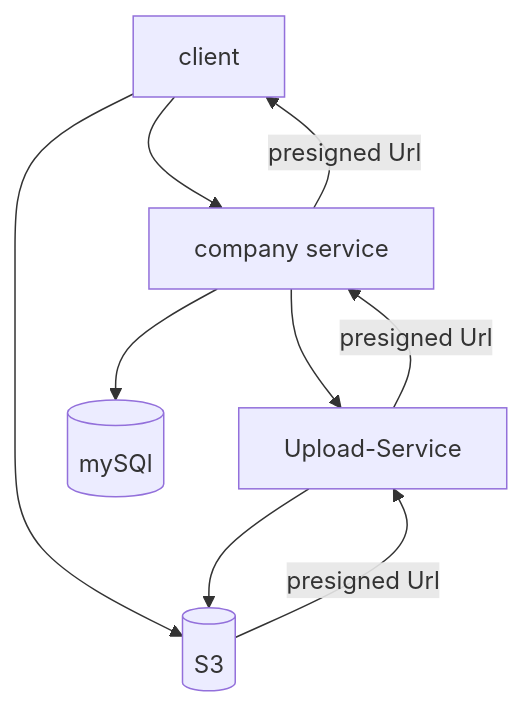
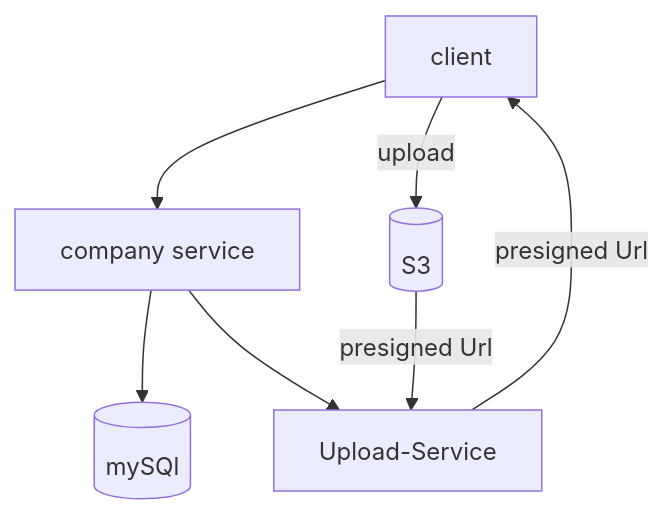
Before and after one commit to lienas/ProviderRepository: the diagram in Deployment/Readme.md, drawn with Mermaid. The commit also changed 3 other files, not shown here.

`````diff
--- a/Deployment/Readme.md
+++ b/Deployment/Readme.md
@@ -4,16 +4,14 @@
 ````mermaid
 graph TB
 A[client]
 B[company service]
 C[Upload-Service]
 D[(S3)]
 E[(mySQl)]
 A-->B
 B-->E
-A-->D
+A--upload-->D
 B-->C
-C--presigned Url-->B
-B--presigned Url-->A
 D--presigned Url-->C
-C-->D
+C--presigned Url-->A
 ````
`````
